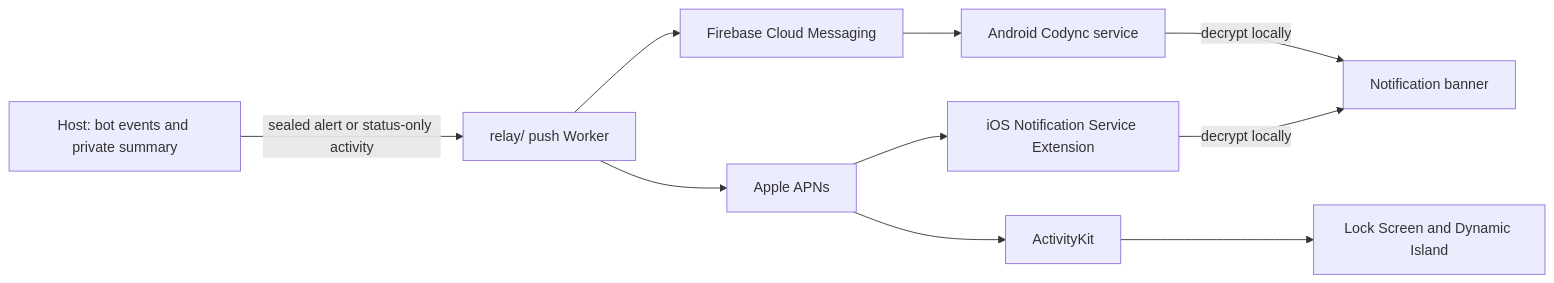
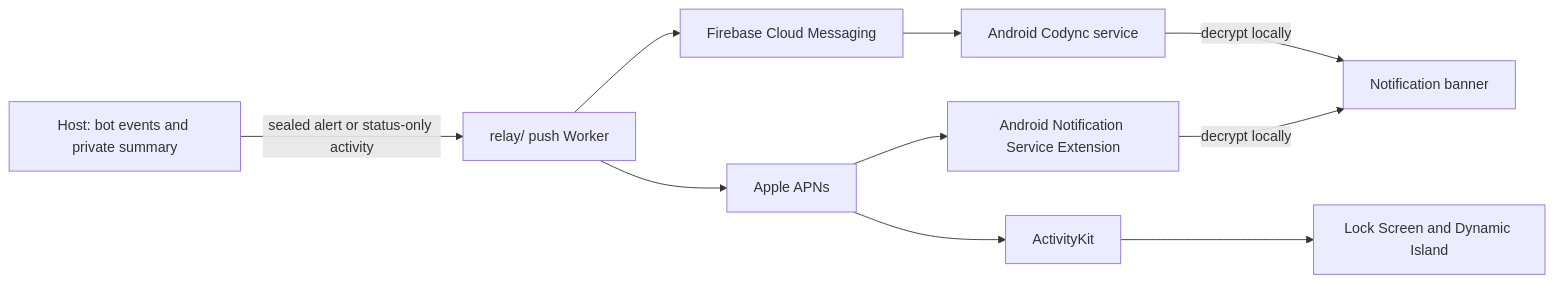
The diagram in docs/design/push-and-live-activity.md (Ali120B/codyncRe), drawn with Mermaid before and after one commit. The commit also changed other lines of this file and 60 other files, not shown here.

````diff
--- a/docs/design/push-and-live-activity.md
+++ b/docs/design/push-and-live-activity.md
@@ -26,12 +26,12 @@
 ```mermaid
 flowchart LR
     H[Host: bot events and private summary] -->|sealed alert or status-only activity| W[relay/ push Worker]
     W --> A[Apple APNs]
-    A --> N[iOS Notification Service Extension]
+    A --> N[Android Notification Service Extension]
     N -->|decrypt locally| B[Notification banner]
     W --> F[Firebase Cloud Messaging]
     F --> D[Android Codync service]
     D -->|decrypt locally| B
     A --> K[ActivityKit]
     K --> L[Lock Screen and Dynamic Island]
 ```
````
